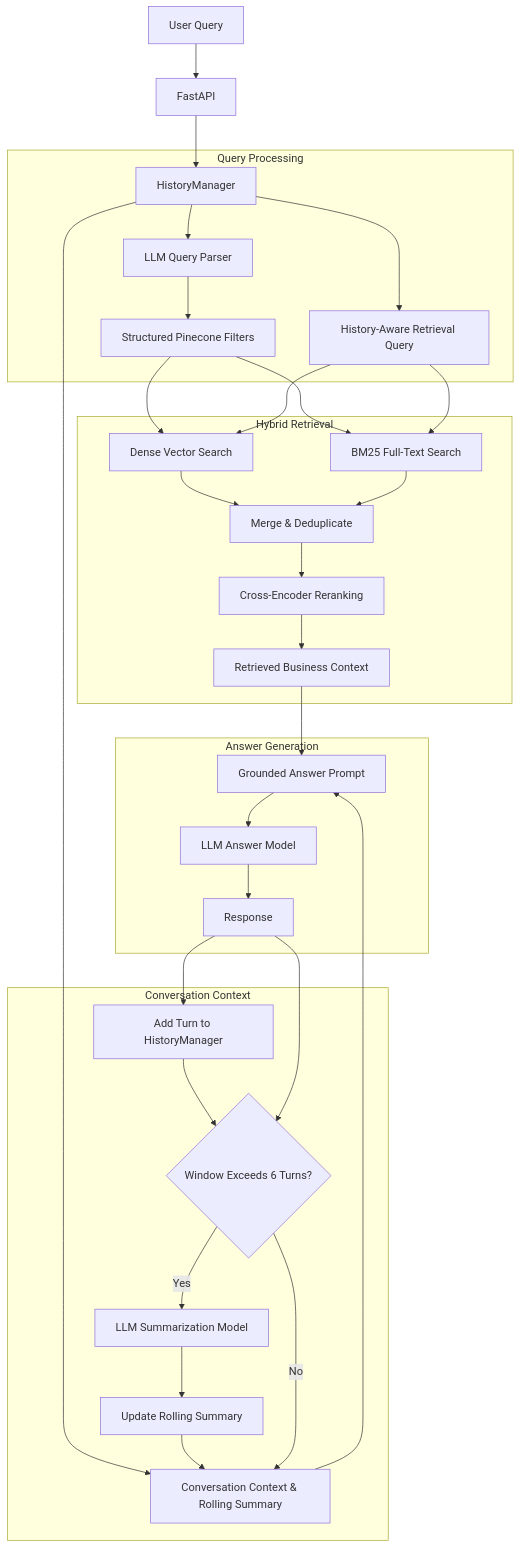
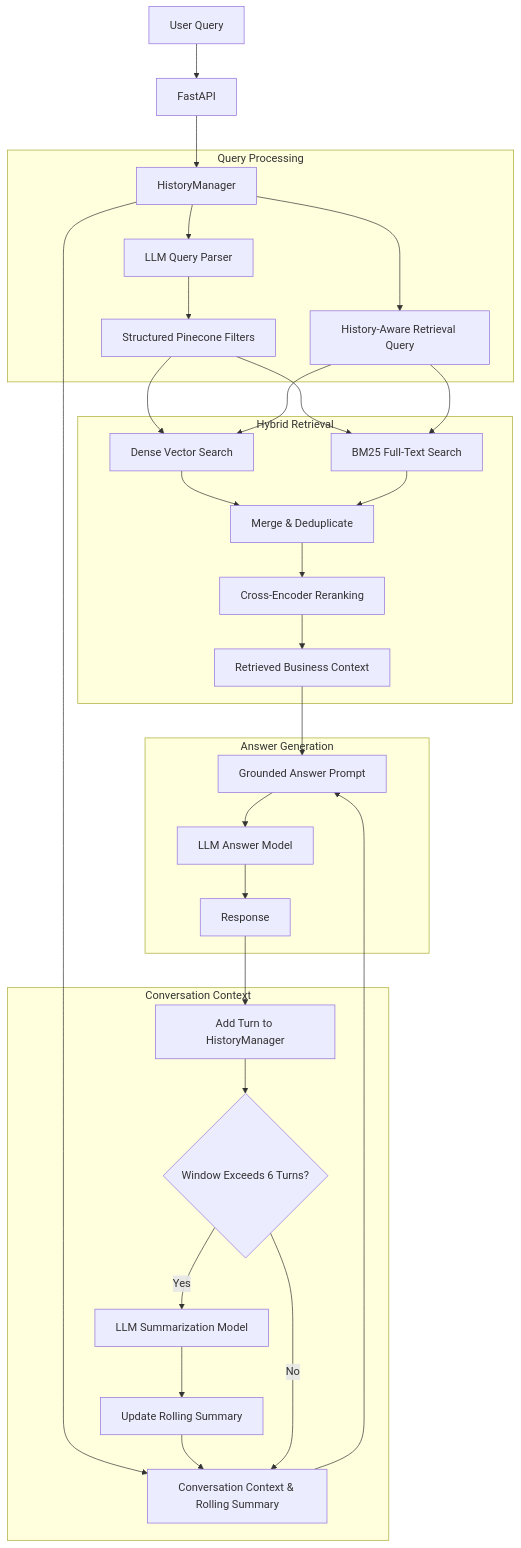
Before and after one commit to sufyanAshraf/RAG_: the diagram in README.md, drawn with Mermaid.

Commit message:
Fix formatting in README.md flowchart

````diff
--- a/README.md
+++ b/README.md
@@ -78,45 +78,44 @@
 ```mermaid
 flowchart TD
 
     A[User Query] --> B[FastAPI]
     B --> C[HistoryManager]
 
     subgraph QUERY["Query Processing"]
         C --> D[LLM Query Parser]
         D --> E[Structured Pinecone Filters]
         C --> F[History-Aware Retrieval Query]
     end
 
     subgraph RETRIEVAL["Hybrid Retrieval"]
         E --> G[Dense Vector Search]
         E --> H[BM25 Full-Text Search]
         F --> G
         F --> H
         G --> I[Merge & Deduplicate]
         H --> I
         I --> J[Cross-Encoder Reranking]
         J --> K[Retrieved Business Context]
     end
     
     K --> L[Grounded Answer Prompt]
     O --> L
 
     subgraph GENERATION["Answer Generation"]
         L --> M[LLM Answer Model]
         M --> N[Response]
     end
 
 	subgraph CONTEXT["Conversation Context"]
         C --> O[Conversation Context & Rolling Summary]
     
 		N --> P[Add Turn to HistoryManager]
 		
 		P --> Q{Window Exceeds 6 Turns?}
 
 		Q -- Yes --> R[LLM Summarization Model]
 		R --> S[Update Rolling Summary]
 		S --> O
-	end
-	N --> 
+	end 
     Q -- No --> O
 ```
````
